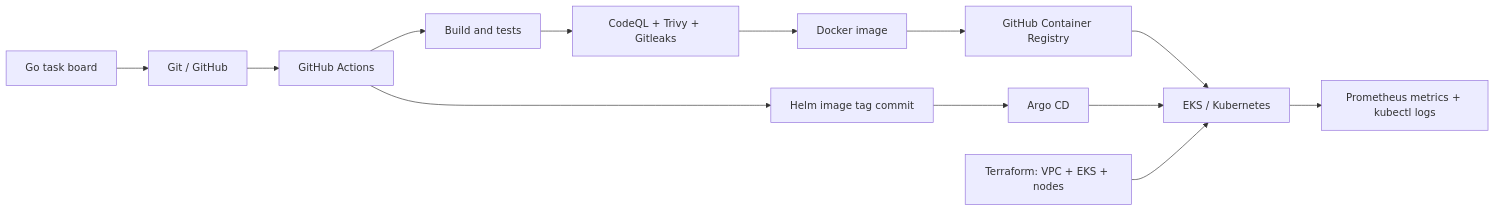
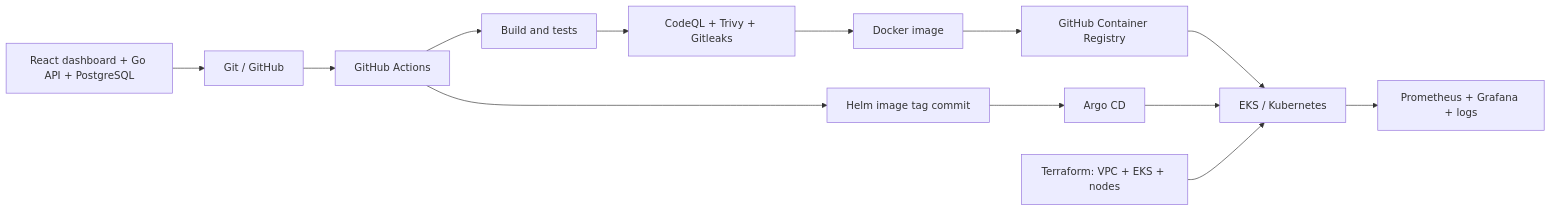
Before and after one commit to Yeagerist0/final-devops-project: the diagram in README.md, drawn with Mermaid. The commit also changed other lines of this file and 27 other files, not shown here.

````diff
--- a/README.md
+++ b/README.md
@@ -7,15 +9,15 @@
 ```mermaid
 flowchart LR
-    A[Go task board] --> B[Git / GitHub]
+    A[React dashboard + Go API + PostgreSQL] --> B[Git / GitHub]
     B --> C[GitHub Actions]
     C --> D[Build and tests]
     D --> E[CodeQL + Trivy + Gitleaks]
     E --> F[Docker image]
     F --> G[GitHub Container Registry]
     C --> H[Helm image tag commit]
     H --> I[Argo CD]
     G --> J[EKS / Kubernetes]
     I --> J
     K[Terraform: VPC + EKS + nodes] --> J
-    J --> L[Prometheus metrics + kubectl logs]
+    J --> L[Prometheus + Grafana + logs]
 ```
````
